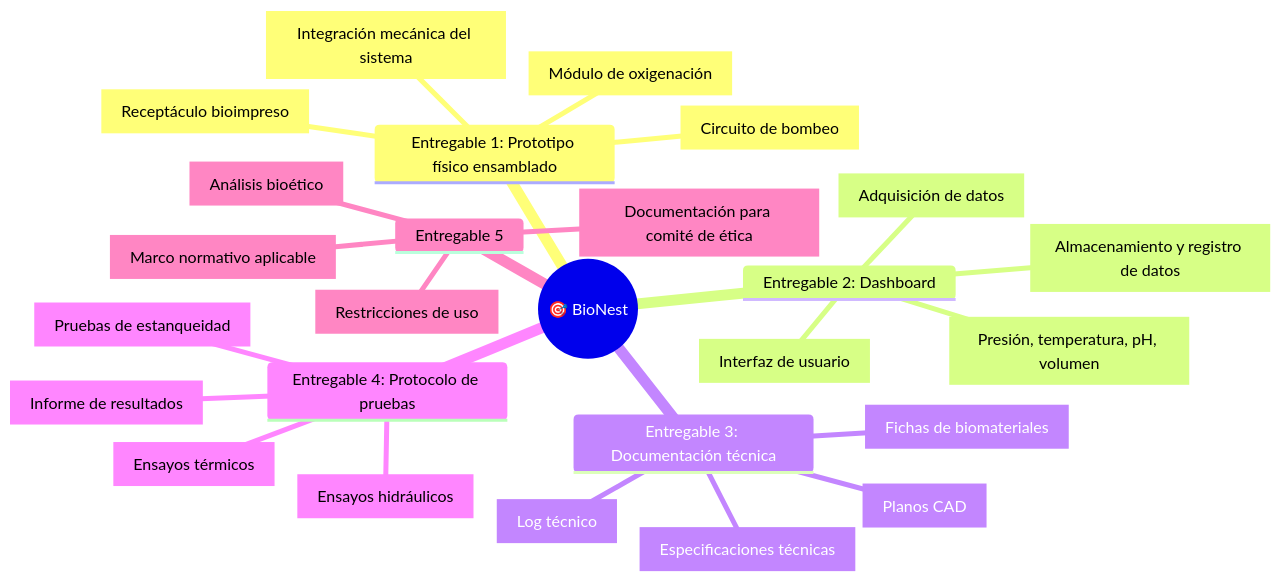
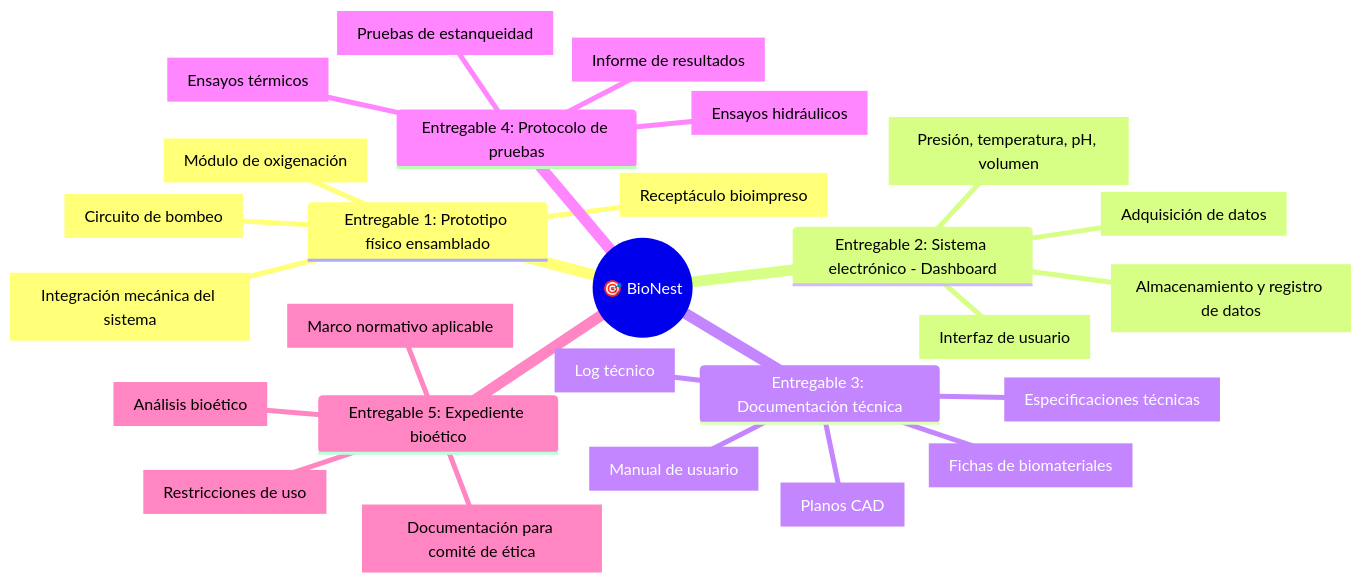
One commit to sheilariffel/PlandeProyecto_grupo6 changed the diagram in docs/01-plan-inicial/entregables.md. Above: the diagram before and after it, drawn with Mermaid. The commit also changed other lines of this file, not shown here.

````diff
--- a/docs/01-plan-inicial/entregables.md
+++ b/docs/01-plan-inicial/entregables.md
@@ -5,29 +5,30 @@
 ```mermaid
 mindmap
   root(("🎯 BioNest"))
     Entregable 1: Prototipo físico ensamblado
       [Módulo de oxigenación]
       [Circuito de bombeo]
       [Integración mecánica del sistema]
       [Receptáculo bioimpreso]
-    Entregable 2: Dashboard
+    Entregable 2: Sistema electrónico - Dashboard
       [Interfaz de usuario]
       [Adquisición de datos]
       [Presión, temperatura, pH, volumen]
       [Almacenamiento y registro de datos]
     Entregable 3: Documentación técnica
       [Especificaciones técnicas]
       [Planos CAD]
       [Fichas de biomateriales]
       [Log técnico]
+      [Manual de usuario]
     Entregable 4: Protocolo de pruebas
       [Ensayos hidráulicos]
       [Pruebas de estanqueidad]
       [Ensayos térmicos]
       [Informe de resultados]
-    Entregable 5
+    Entregable 5: Expediente bioético
       [Restricciones de uso]
       [Análisis bioético]
       [Documentación para comité de ética]
       [Marco normativo aplicable]
 ```
````
